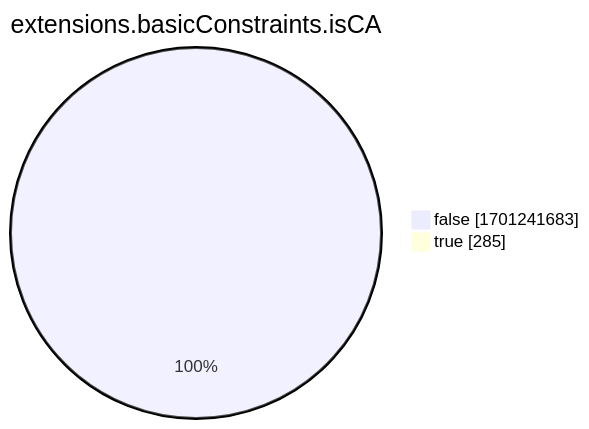
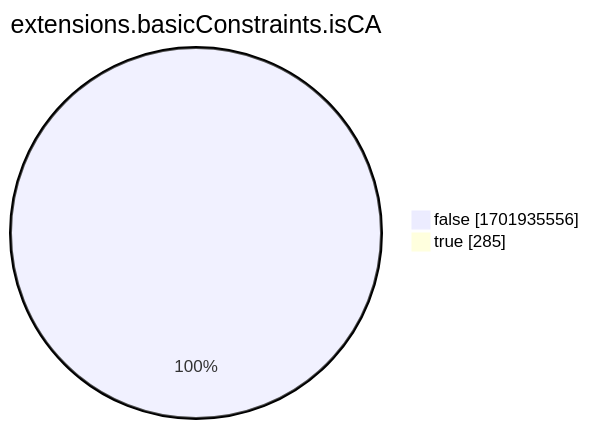
The eighth of 15 diagrams in xenon2022/README.md (christiankrug/ctmonitor_visualization), drawn with Mermaid before and after one commit. The commit also changed other lines of this file, not shown here.

````diff
--- a/xenon2022/README.md
+++ b/xenon2022/README.md
@@ -2865,6 +2865,6 @@
 ```mermaid
 pie showData
 title extensions.basicConstraints.isCA
-"false" :1701241683
+"false" :1701935556
 "true" :285
 ```
````
